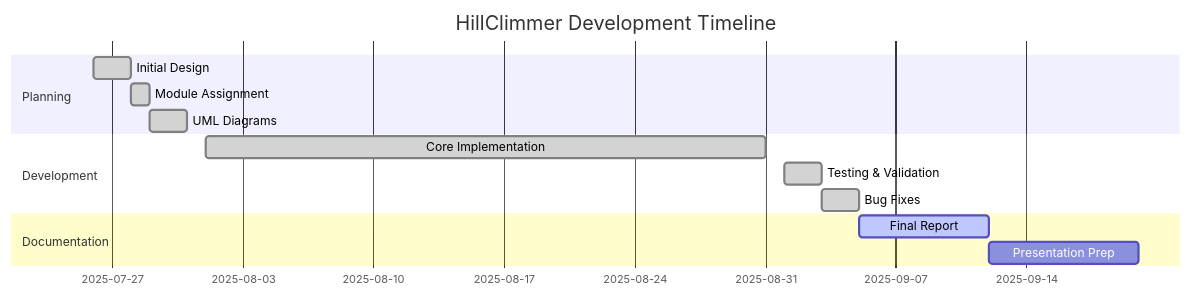
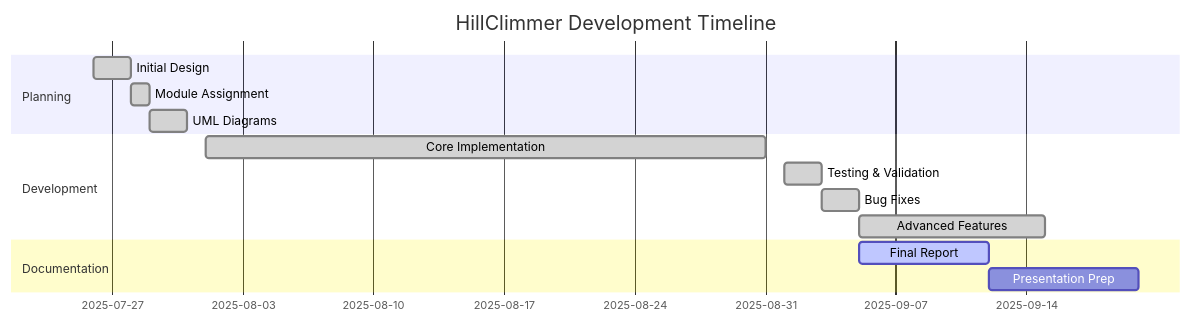
One commit to Dellrall/BMCS2023-OOP-group-assignment changed the diagram in README.md. Above: the diagram before and after it, drawn with Mermaid. The commit also changed other lines of this file and 2 other files, not shown here.

````diff
--- a/README.md
+++ b/README.md
@@ -36,16 +38,17 @@
 ```mermaid
 gantt
     title HillClimmer Development Timeline
     dateFormat  YYYY-MM-DD
     section Planning
     Initial Design      :done, 2025-07-26, 2025-07-28
     Module Assignment   :done, 2025-07-28, 2025-07-29
     UML Diagrams       :done, 2025-07-29, 2025-07-31
     section Development
     Core Implementation :done, 2025-08-01, 2025-08-31
     Testing & Validation:done, 2025-09-01, 2025-09-03
     Bug Fixes          :done, 2025-09-03, 2025-09-05
+    Advanced Features  :done, 2025-09-05, 2025-09-15
     section Documentation
     Final Report       :active, 2025-09-05, 2025-09-12
     Presentation Prep  :2025-09-12, 2025-09-20
 ```
````
